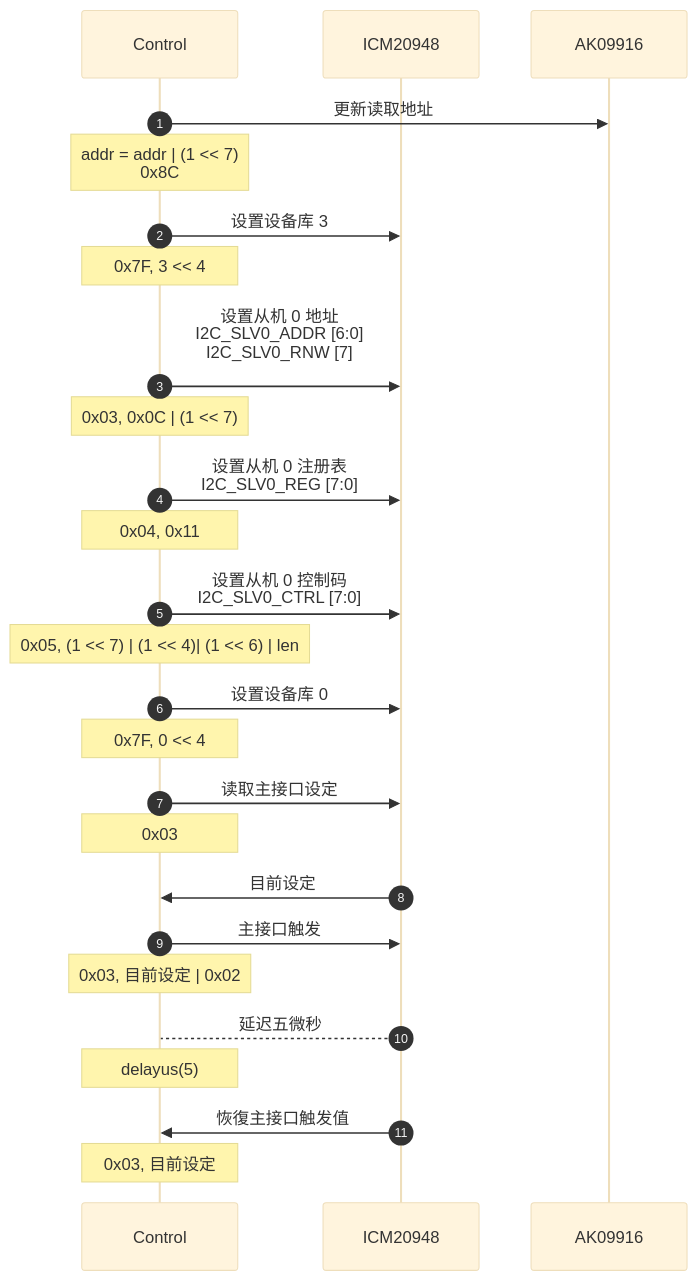
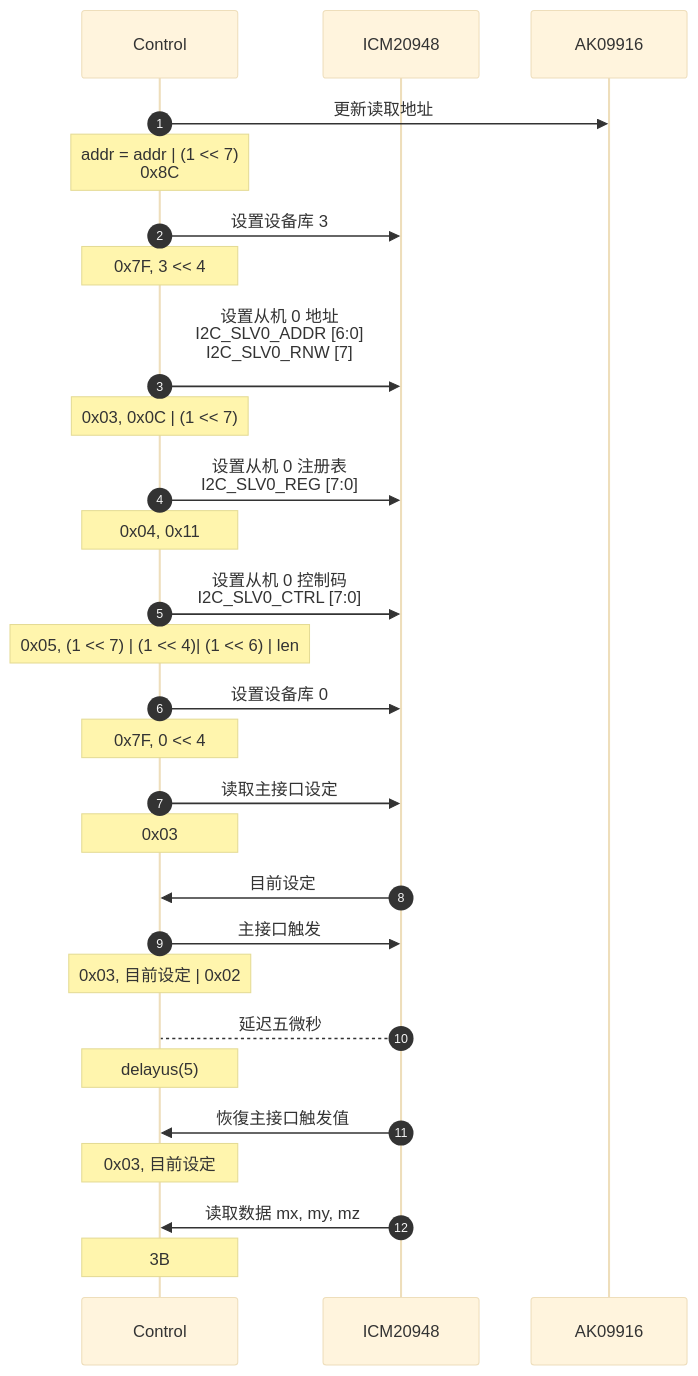
Before and after one commit to hkdickyko/hkdickyko.github.io: the eighth of 8 diagrams in _posts/2025-04-06-mdchart.md, drawn with Mermaid (base theme).

```diff
--- a/_posts/2025-04-06-mdchart.md
+++ b/_posts/2025-04-06-mdchart.md
@@ -570,28 +570,30 @@
 <div class="mermaid">
 sequenceDiagram;
    autonumber;
    participant C as Control;
    participant I as ICM20948;
    participant A as AK09916;
    C->>A: 更新读取地址; 
    note over C: addr = addr | (1 << 7)<br/>0x8C;
    C->>I: 设置设备库 3;
    note over C: 0x7F, 3 << 4;
    C->>I: 设置从机 0 地址<br/>I2C_SLV0_ADDR [6:0]<br/>I2C_SLV0_RNW [7]<br/>;
    note over C: 0x03, 0x0C | (1 << 7);
    C->>I: 设置从机 0 注册表<br/>I2C_SLV0_REG [7:0];
    note over C: 0x04, 0x11;
    C->>I: 设置从机 0 控制码<br/>I2C_SLV0_CTRL [7:0];
    note over C: 0x05, (1 << 7) | (1 << 4)| (1 << 6) | len;
    C->>I: 设置设备库 0;
    note over C: 0x7F, 0 << 4;
    C->>I: 读取主接口设定;
    note over C: 0x03;
    I->>C: 目前设定;
    C->>I: 主接口触发;
    note over C: 0x03, 目前设定 | 0x02;
    I-->C: 延迟五微秒;
    note over C: delayus(5);
    I->>C: 恢復主接口触发值;
    note over C: 0x03, 目前设定;
+   I->>C: 读取数据 mx, my, mz;
+   note over C: 3B;
 </div>
```
